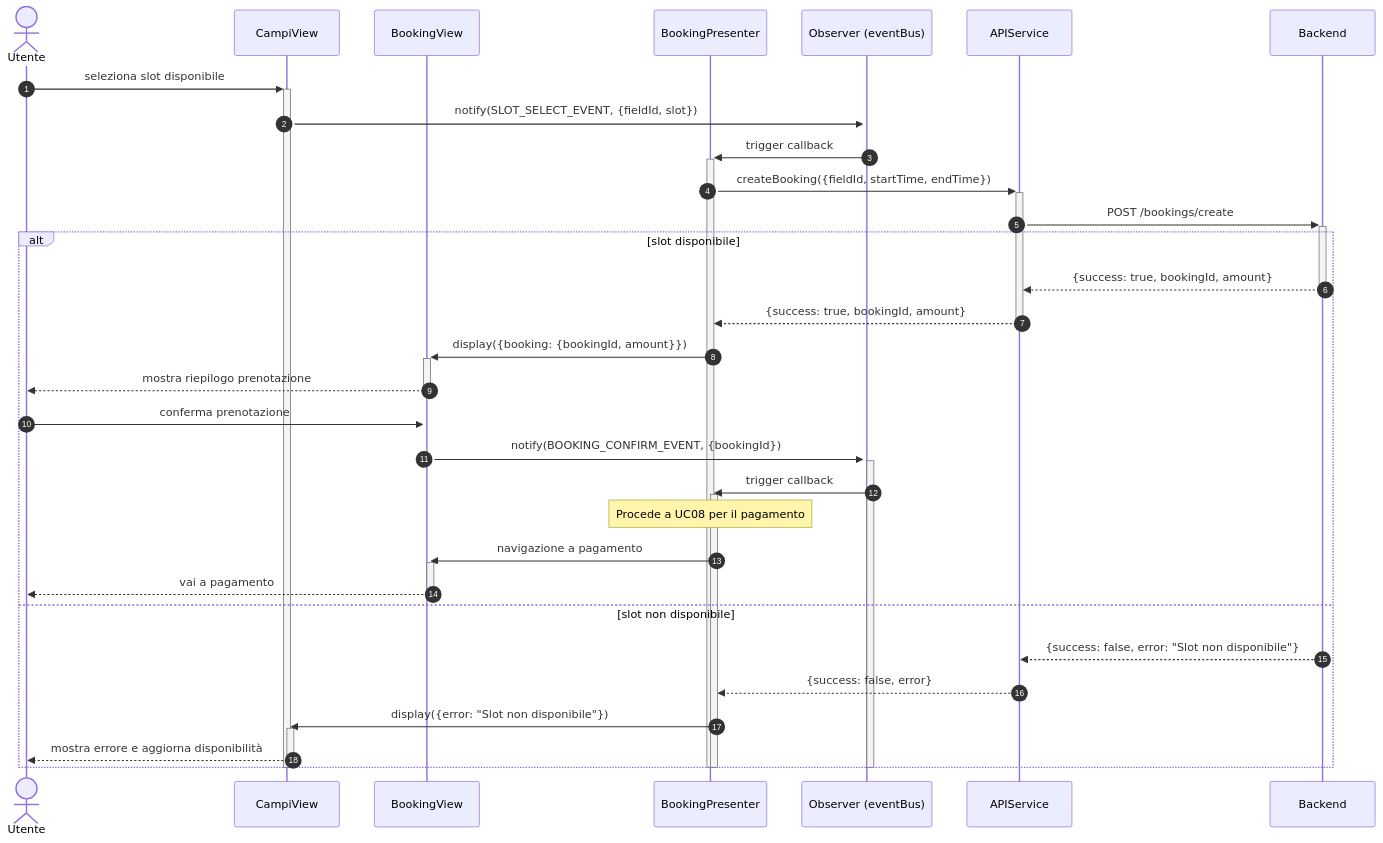
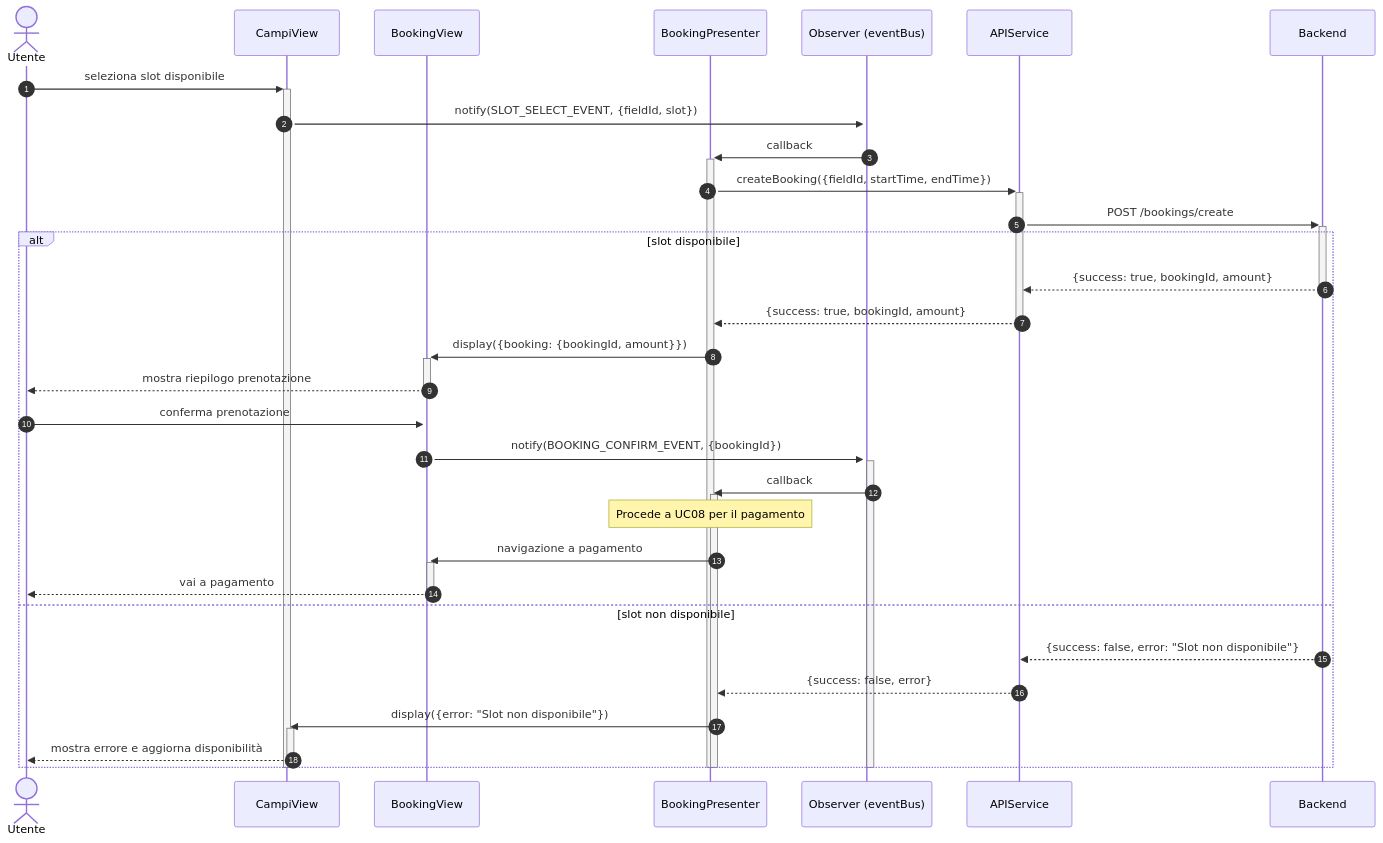
Before and after one commit to mb4dev/progetto-prova: the second of 3 diagrams in documentazione/UC04.md, drawn with Mermaid. The commit also changed other lines of this file and 12 other files, not shown here.

````diff
--- a/documentazione/UC04.md
+++ b/documentazione/UC04.md
@@ -37,45 +35,45 @@
 ```mermaid
 sequenceDiagram
     autonumber
     
     actor user as Utente
     participant campiView as CampiView
     participant bookingView as BookingView
     participant presenter as BookingPresenter
     participant bus as Observer (eventBus)
     participant api as APIService
     participant backend as Backend
 
     user ->>+ campiView: seleziona slot disponibile
     campiView ->>+ bus: notify(SLOT_SELECT_EVENT, {fieldId, slot})
-    bus ->>+ presenter: trigger callback
+    bus ->>+ presenter: callback
     
     presenter ->>+ api: createBooking({fieldId, startTime, endTime})
     api ->>+ backend: POST /bookings/create
     
     alt slot disponibile
         backend -->>- api: {success: true, bookingId, amount}
         api -->>- presenter: {success: true, bookingId, amount}
         presenter ->>+ bookingView: display({booking: {bookingId, amount}})
         bookingView -->>- user: mostra riepilogo prenotazione
         
         user ->>+ bookingView: conferma prenotazione
         bookingView ->>+ bus: notify(BOOKING_CONFIRM_EVENT, {bookingId})
-        bus ->>+ presenter: trigger callback
+        bus ->>+ presenter: callback
         
         Note over presenter: Procede a UC08 per il pagamento
         presenter ->>+ bookingView: navigazione a pagamento
         bookingView -->>- user: vai a pagamento
         
     else slot non disponibile
         backend -->> api: {success: false, error: "Slot non disponibile"}
         api -->> presenter: {success: false, error}
         presenter ->>+ campiView: display({error: "Slot non disponibile"})
         campiView -->>- user: mostra errore e aggiorna disponibilità
     end
     
     deactivate presenter
     deactivate bus
     deactivate presenter
     deactivate campiView
 ```
````
